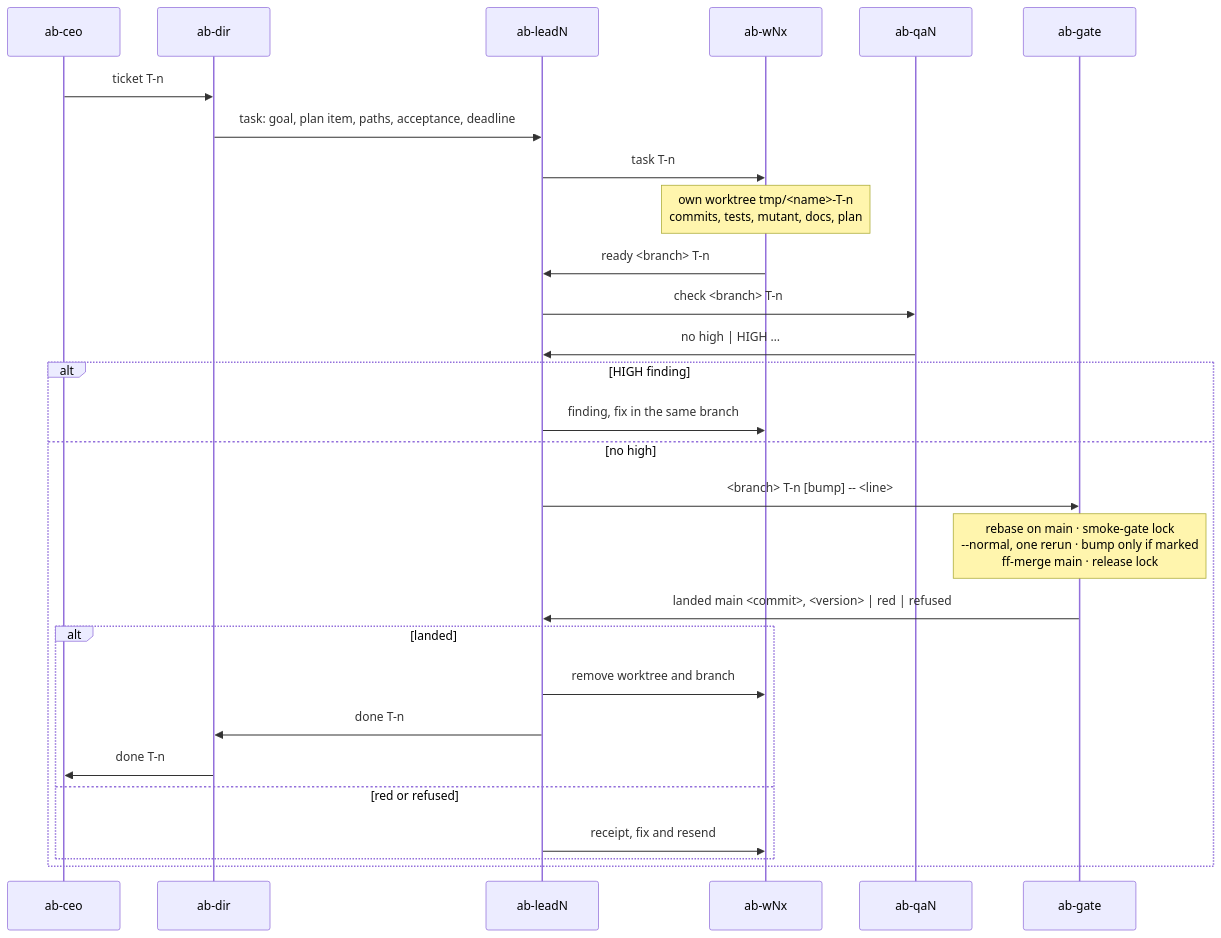
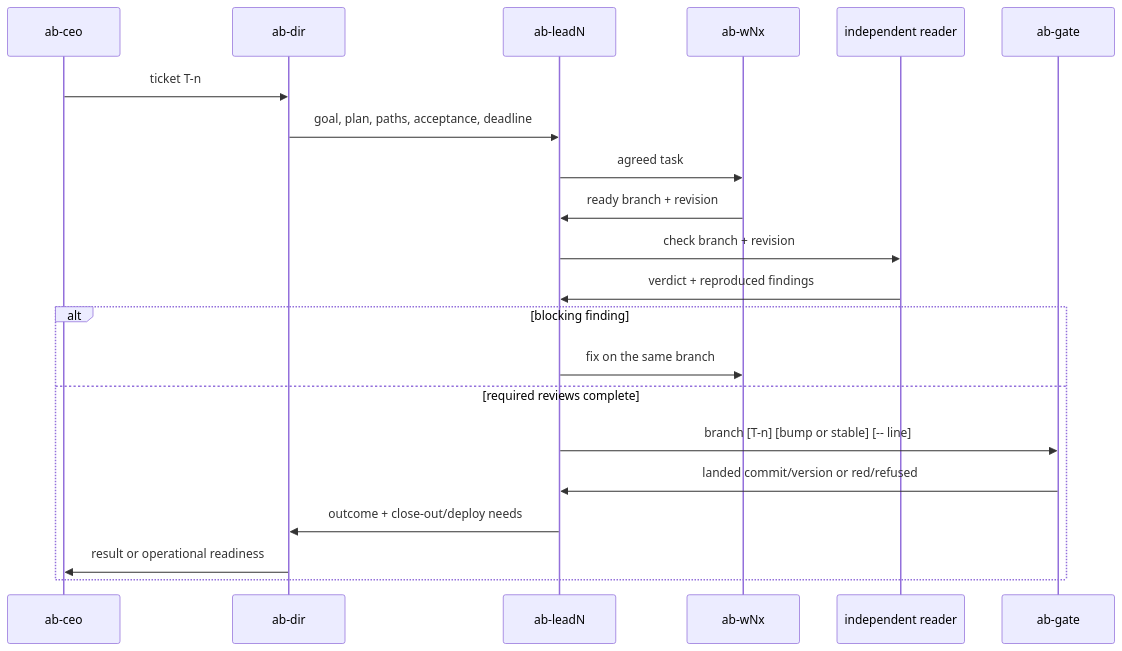
One commit to parf/ai-agent-bus changed the third of 3 diagrams in Plans/Team.v2/README.md. Above: the diagram before and after it, drawn with Mermaid. The commit also changed other lines of this file and 2 other files, not shown here.

Commit message:
Record the adopted Team v2 and its standing operational responsibilities

````diff
--- a/Plans/Team.v2/README.md
+++ b/Plans/Team.v2/README.md
@@ -81,30 +48,23 @@
 ```mermaid
 sequenceDiagram
   participant ceo as ab-ceo
   participant dir as ab-dir
   participant lead as ab-leadN
   participant w as ab-wNx
-  participant qa as ab-qaN
+  participant qa as independent reader
   participant gate as ab-gate
   ceo->>dir: ticket T-n
-  dir->>lead: task: goal, plan item, paths, acceptance, deadline
-  lead->>w: task T-n
-  Note over w: own worktree tmp/<name>-T-n<br/>commits, tests, mutant, docs, plan
-  w->>lead: ready <branch> T-n
-  lead->>qa: check <branch> T-n
-  qa->>lead: no high | HIGH …
-  alt HIGH finding
-    lead->>w: finding, fix in the same branch
-  else no high
-    lead->>gate: <branch> T-n [bump] -- <line>
-    Note over gate: rebase on main · smoke-gate lock<br/>--normal, one rerun · bump only if marked<br/>ff-merge main · release lock
-    gate->>lead: landed main <commit>, <version> | red | refused
-    alt landed
-      lead->>w: remove worktree and branch
-      lead->>dir: done T-n
-      dir->>ceo: done T-n
-    else red or refused
-      lead->>w: receipt, fix and resend
-    end
+  dir->>lead: goal, plan, paths, acceptance, deadline
+  lead->>w: agreed task
+  w->>lead: ready branch + revision
+  lead->>qa: check branch + revision
+  qa->>lead: verdict + reproduced findings
+  alt blocking finding
+    lead->>w: fix on the same branch
+  else required reviews complete
+    lead->>gate: branch [T-n] [bump or stable] [-- line]
+    gate->>lead: landed commit/version or red/refused
+    lead->>dir: outcome + close-out/deploy needs
+    dir->>ceo: result or operational readiness
   end
 ```
````
